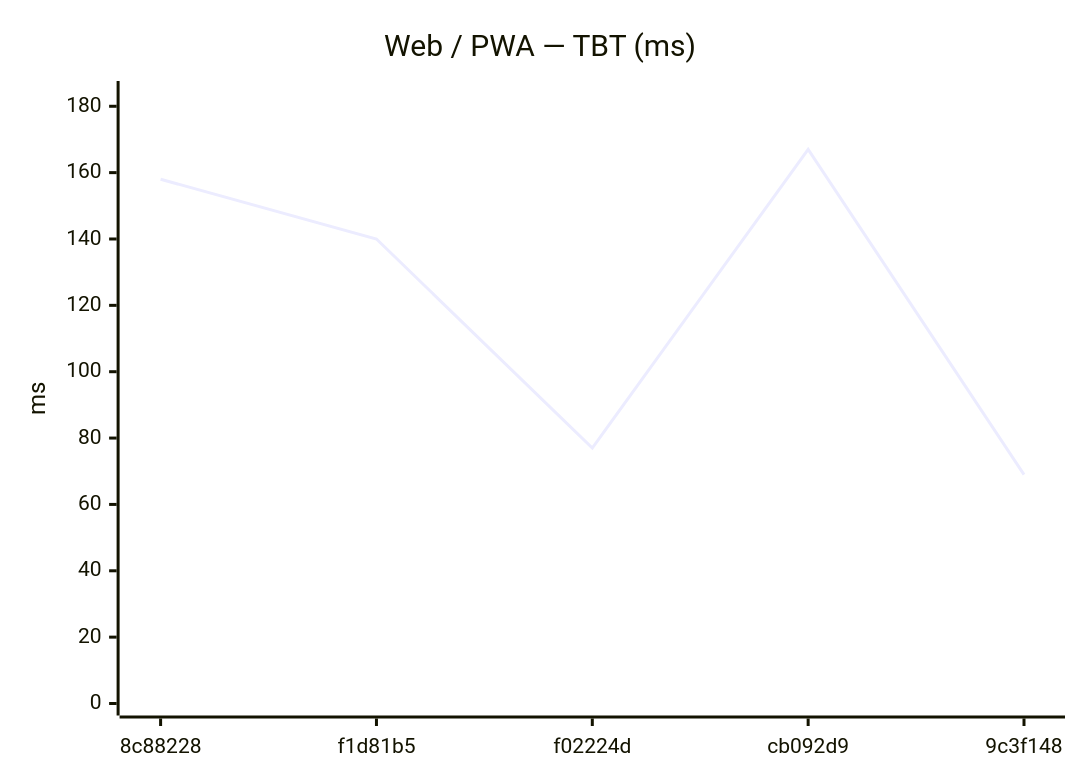
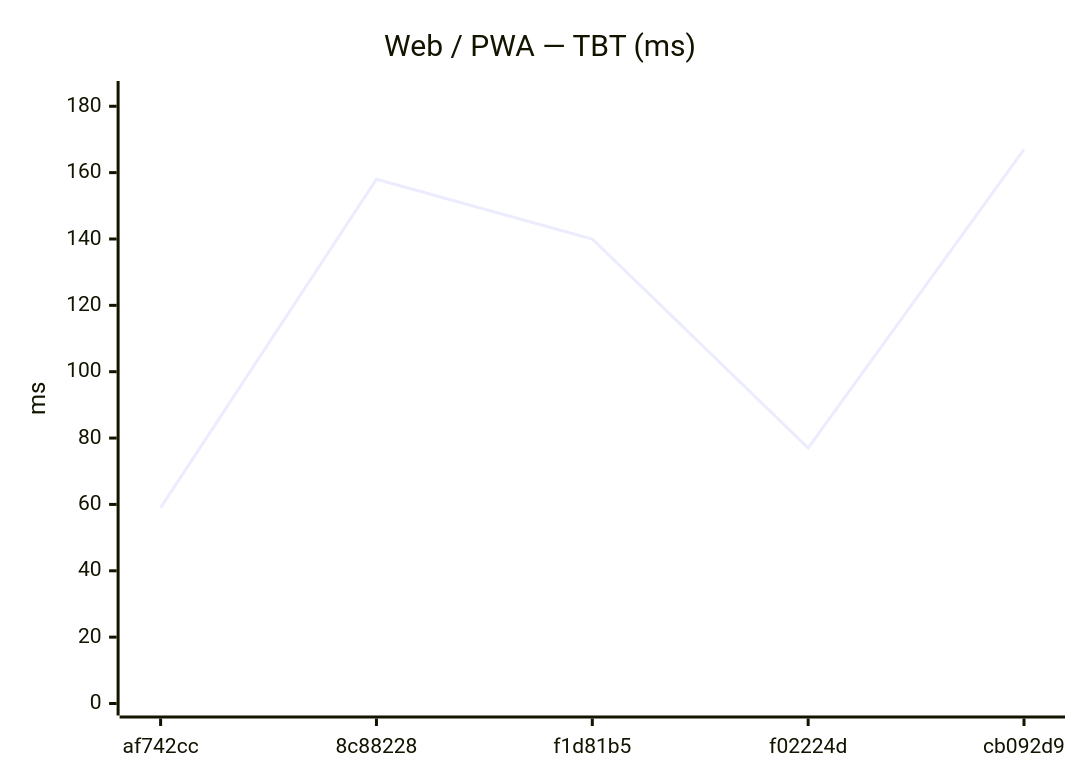
The eighth of 18 diagrams in benchmarks/compare.md (Metaheurist/Rianell), drawn with Mermaid before and after one commit. The commit also changed other lines of this file and 12 other files, not shown here.

````diff
--- a/benchmarks/compare.md
+++ b/benchmarks/compare.md
@@ -124,7 +124,7 @@
 ```mermaid
 xychart-beta
     title "Web / PWA — TBT (ms)"
-    x-axis ["8c88228", "f1d81b5", "f02224d", "cb092d9", "9c3f148"]
+    x-axis ["af742cc", "8c88228", "f1d81b5", "f02224d", "cb092d9"]
     y-axis "ms" 0 --> 184
-    line [158, 140, 77, 167, 69]
+    line [59, 158, 140, 77, 167]
 ```
````
